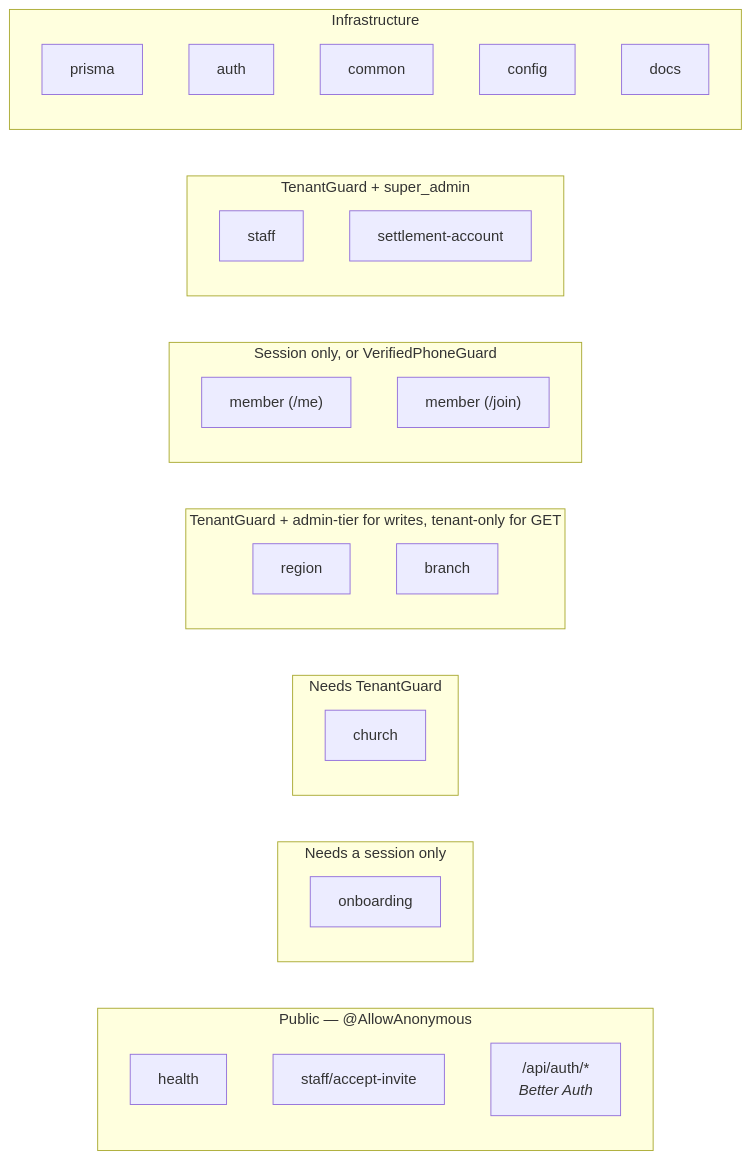
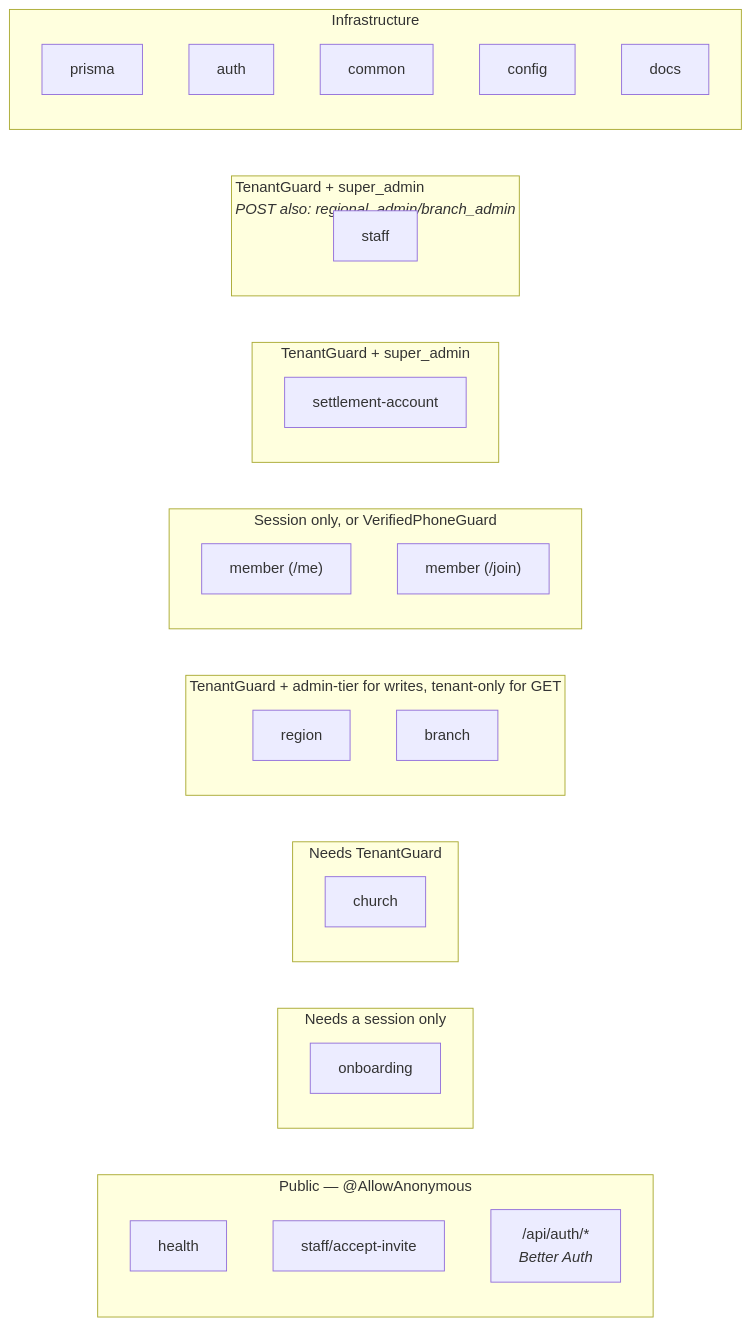
The third of 4 diagrams in docs/architecture.md (chuba-cn/koru), drawn with Mermaid before and after one commit. The commit also changed other lines of this file and 12 other files, not shown here.

````diff
--- a/docs/architecture.md
+++ b/docs/architecture.md
@@ -108,39 +108,42 @@
 ```mermaid
 graph LR
     subgraph public["Public — @AllowAnonymous"]
         health["health"]
         accept["staff/accept-invite"]
         ba["/api/auth/*<br/><i>Better Auth</i>"]
     end
 
     subgraph session["Needs a session only"]
         onboarding["onboarding"]
     end
 
     subgraph tenant["Needs TenantGuard"]
         church["church"]
     end
 
     subgraph tenantAdmin["TenantGuard + admin-tier for writes, tenant-only for GET"]
         region["region"]
         branch["branch"]
     end
 
     subgraph memberzone["Session only, or VerifiedPhoneGuard"]
         member["member (/me)"]
         join["member (/join)"]
     end
 
     subgraph admin["TenantGuard + super_admin"]
+        settlement["settlement-account"]
+    end
+
+    subgraph delegated["TenantGuard + super_admin<br/><i>POST also: regional_admin/branch_admin</i>"]
         staff["staff"]
-        settlement["settlement-account"]
     end
 
     subgraph infra["Infrastructure"]
         prisma["prisma"]
         auth["auth"]
         common["common"]
         config["config"]
         docs["docs"]
     end
 ```
````
